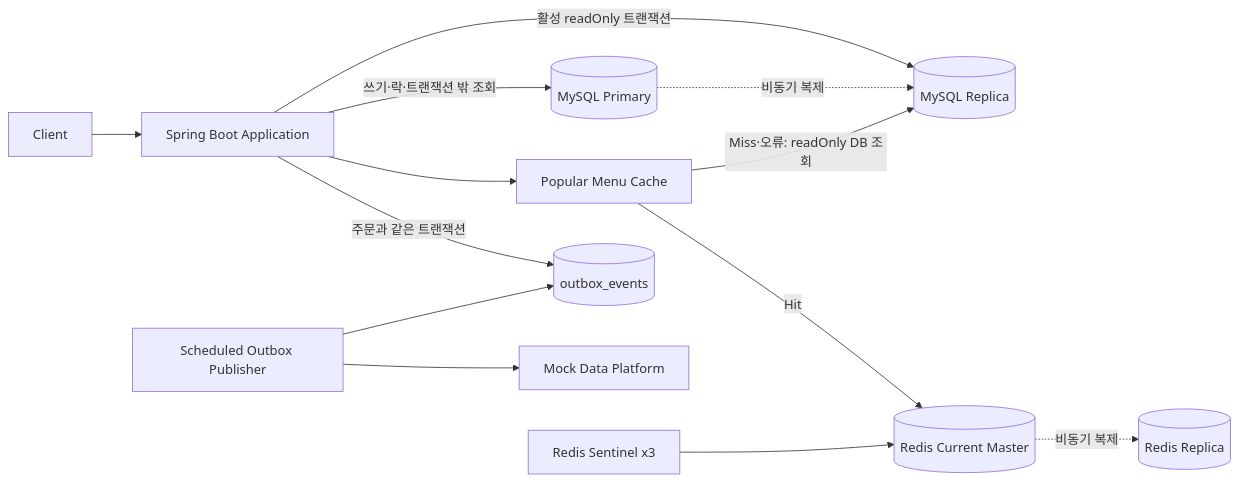
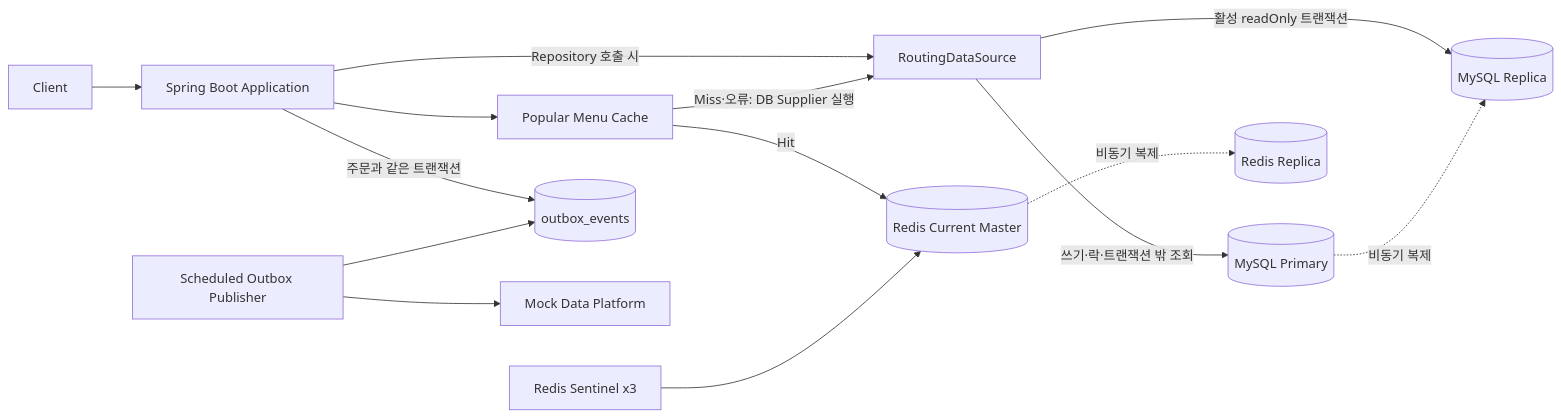
Before and after one commit to hyeonseung-dev/coffee-order-system: the diagram in README.md, drawn with Mermaid. The commit also changed other lines of this file, not shown here.

````diff
--- a/README.md
+++ b/README.md
@@ -41,19 +41,20 @@
 ```mermaid
 flowchart LR
     Client[Client] --> App[Spring Boot Application]
 
-    App -->|쓰기·락·트랜잭션 밖 조회| Primary[(MySQL Primary)]
-    App -->|활성 readOnly 트랜잭션| Replica[(MySQL Replica)]
+    App -->|Repository 호출 시| Routing[RoutingDataSource]
+    Routing -->|쓰기·락·트랜잭션 밖 조회| Primary[(MySQL Primary)]
+    Routing -->|활성 readOnly 트랜잭션| Replica[(MySQL Replica)]
     Primary -. 비동기 복제 .-> Replica
 
     App --> Cache[Popular Menu Cache]
     Cache -->|Hit| RedisMaster[(Redis Current Master)]
-    Cache -->|Miss·오류: readOnly DB 조회| Replica
+    Cache -->|Miss·오류: DB Supplier 실행| Routing
 
     Sentinel[Redis Sentinel x3] --> RedisMaster
     RedisMaster -. 비동기 복제 .-> RedisReplica[(Redis Replica)]
 
     App -->|주문과 같은 트랜잭션| Outbox[(outbox_events)]
     Publisher[Scheduled Outbox Publisher] --> Outbox
     Publisher --> Platform[Mock Data Platform]
 ```
````
